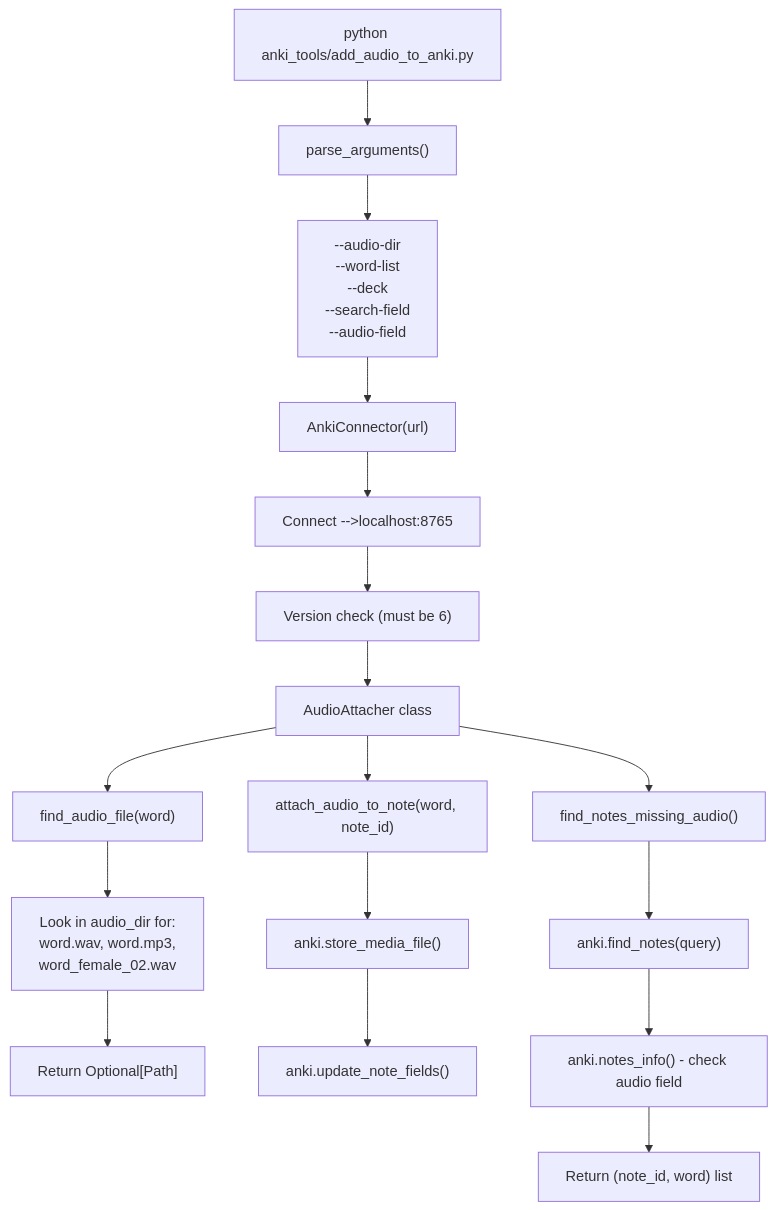
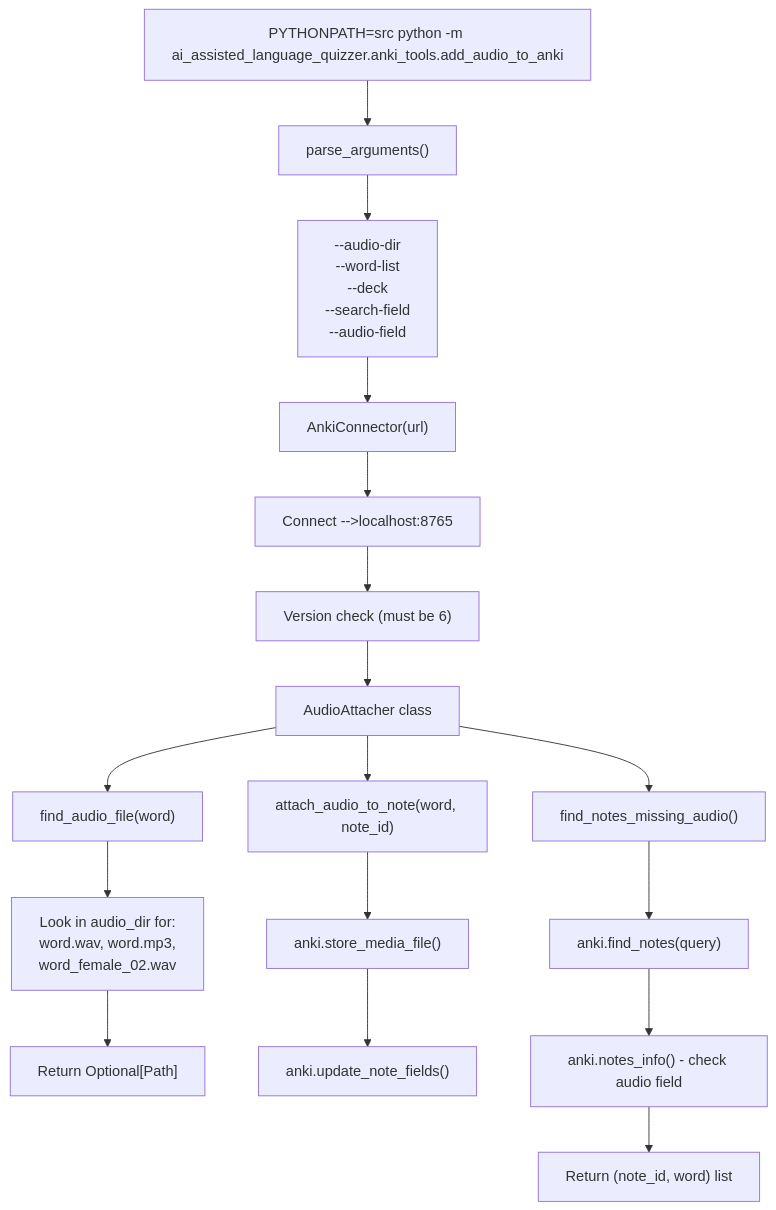
One commit to stratus-ss/ai_assisted_language_quizzer changed the eighth of 17 diagrams in CODEFLOW.md. Above: the diagram before and after it, drawn with Mermaid. The commit also changed other lines of this file and 1 other file, not shown here.

````diff
--- a/CODEFLOW.md
+++ b/CODEFLOW.md
@@ -252,25 +251,25 @@
 ```mermaid
 flowchart TD
-    A["python anki_tools/add_audio_to_anki.py"] --> B["parse_arguments()"]
+    A["PYTHONPATH=src python -m ai_assisted_language_quizzer.anki_tools.add_audio_to_anki"] --> B["parse_arguments()"]
     
     B --> B1["--audio-dir<br/>--word-list<br/>--deck<br/>--search-field<br/>--audio-field"]
     
     B1 --> C["AnkiConnector(url)"]
     C --> C1["Connect -->localhost:8765"]
     C1 --> C2["Version check (must be 6)"]
     
     C2 --> D["AudioAttacher class"]
     
     D --> D1["find_audio_file(word)"]
     D1 --> D1a["Look in audio_dir for:<br/>word.wav, word.mp3,<br/>word_female_02.wav"]
     D1a --> D1b["Return Optional[Path]"]
     
     D --> D2["attach_audio_to_note(word, note_id)"]
     D2 --> D2a["anki.store_media_file()"]
     D2a --> D2b["anki.update_note_fields()"]
     
     D --> D3["find_notes_missing_audio()"]
     D3 --> D3a["anki.find_notes(query)"]
     D3a --> D3b["anki.notes_info() - check audio field"]
     D3b --> D3c["Return (note_id, word) list"]
 ```
````
